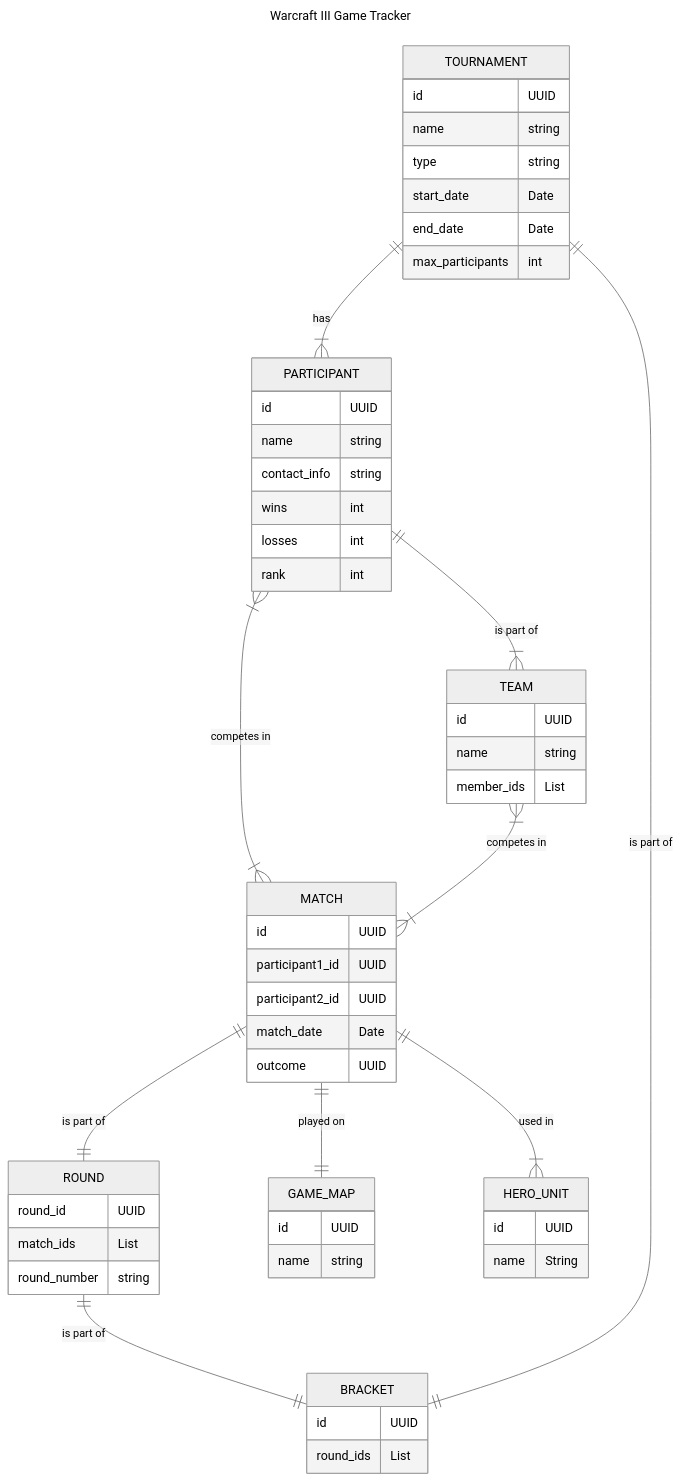
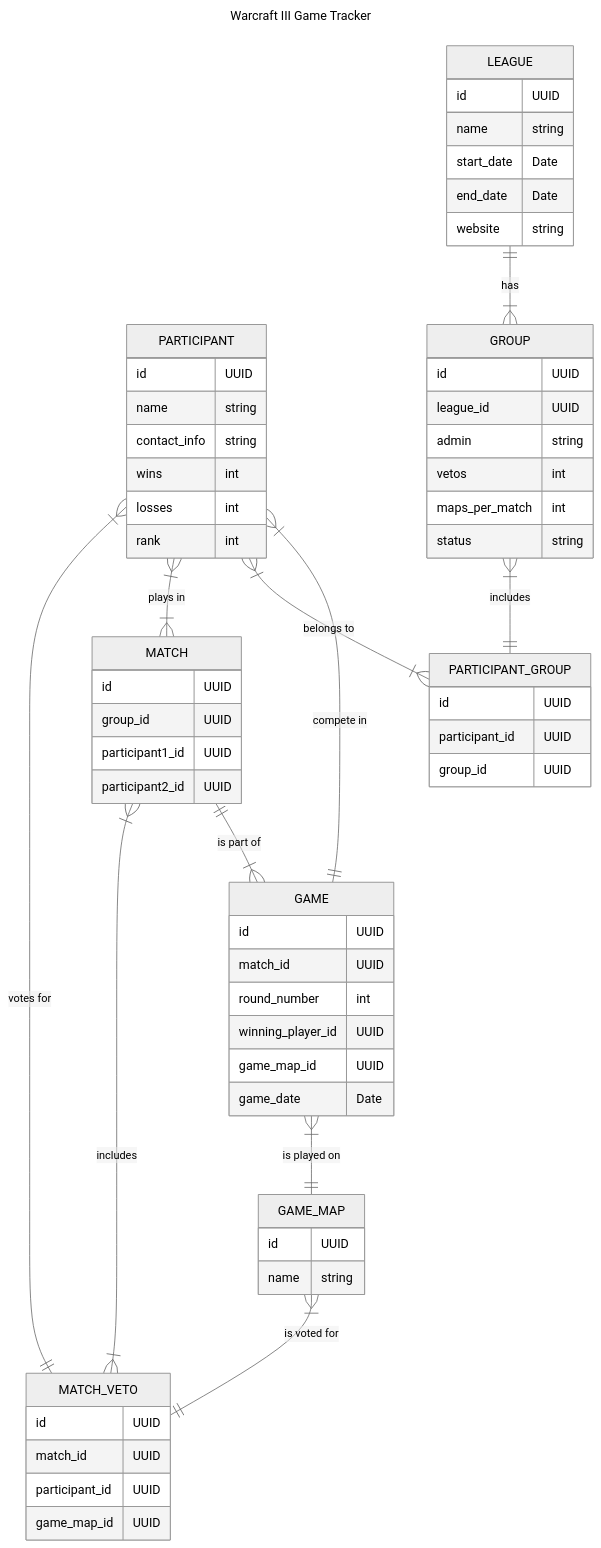
One commit to md-weber/wc3_game_tracker_server changed the diagram in docs/db.mmd. Above: the diagram before and after it, drawn with Mermaid (neutral theme).

Commit message:
[Docs] Update the Database result scheme we are looking for

```diff
--- a/docs/db.mmd
+++ b/docs/db.mmd
@@ -1,58 +1,66 @@
 ---
 title: Warcraft III Game Tracker
 ---
 erDiagram
-    TOURNAMENT {
+    LEAGUE {
         id UUID
         name string
-        type string
         start_date Date
         end_date Date
-        max_participants int
+        website string
     }
     PARTICIPANT {
         id UUID
         name string
         contact_info string
         wins int
         losses int
         rank int
     }
-    TEAM {
-        id UUID
-        name string
-        member_ids List
-    }
     MATCH {
         id UUID
+        group_id UUID
         participant1_id UUID
         participant2_id UUID
-        match_date Date
-        outcome UUID
     }
-    ROUND {
-        round_id UUID
-        match_ids List
-        round_number string
+    MATCH_VETO {
+        id UUID
+        match_id UUID
+        participant_id UUID
+        game_map_id UUID
     }
-    BRACKET {
+    GAME {
         id UUID
-        round_ids List
+        match_id UUID
+        round_number int
+        winning_player_id UUID
+        game_map_id UUID
+        game_date Date
+    }
+    GROUP {
+        id UUID
+        league_id UUID
+        admin string
+        vetos int
+        maps_per_match int
+        status string
     }
     GAME_MAP {
         id UUID
         name string
     }
-    HERO_UNIT {
+    PARTICIPANT_GROUP {
         id UUID
-        name String
+        participant_id UUID
+        group_id UUID
     }
-    PARTICIPANT ||--|{ TEAM : "is part of"
-    PARTICIPANT }|--|{ MATCH : "competes in"
-    TEAM }|--|{ MATCH : "competes in"
-    MATCH ||--|| ROUND : "is part of"
-    ROUND ||--|| BRACKET : "is part of"
-    BRACKET ||--|| TOURNAMENT : "is part of"
-    MATCH ||--|| GAME_MAP : "played on"
-    MATCH ||--|{ HERO_UNIT : "used in"
-    TOURNAMENT ||--|{ PARTICIPANT : "has"
+    PARTICIPANT }|--|| GAME: "compete in"
+    PARTICIPANT }|--|{ PARTICIPANT_GROUP: "belongs to"
+    GROUP }|--|| PARTICIPANT_GROUP: "includes"
+    PARTICIPANT }|--|{ MATCH: "plays in"
+    MATCH ||--|{ GAME: "is part of"
+    GAME }|--|| GAME_MAP: "is played on"
+    MATCH }|--|{ MATCH_VETO: "includes"
+    PARTICIPANT }|--|| MATCH_VETO: "votes for"
+    GAME_MAP }|--|| MATCH_VETO: "is voted for"
+    LEAGUE ||--|{ GROUP: "has"
```
